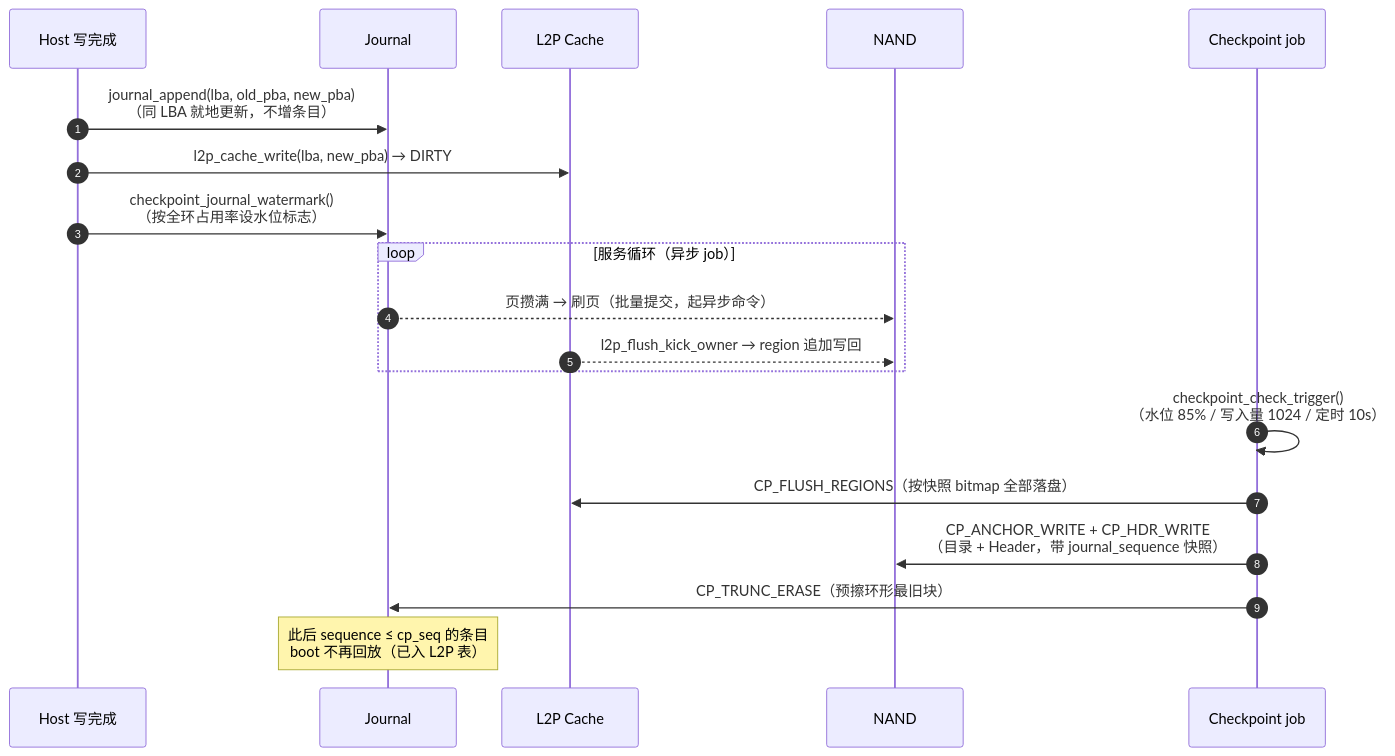
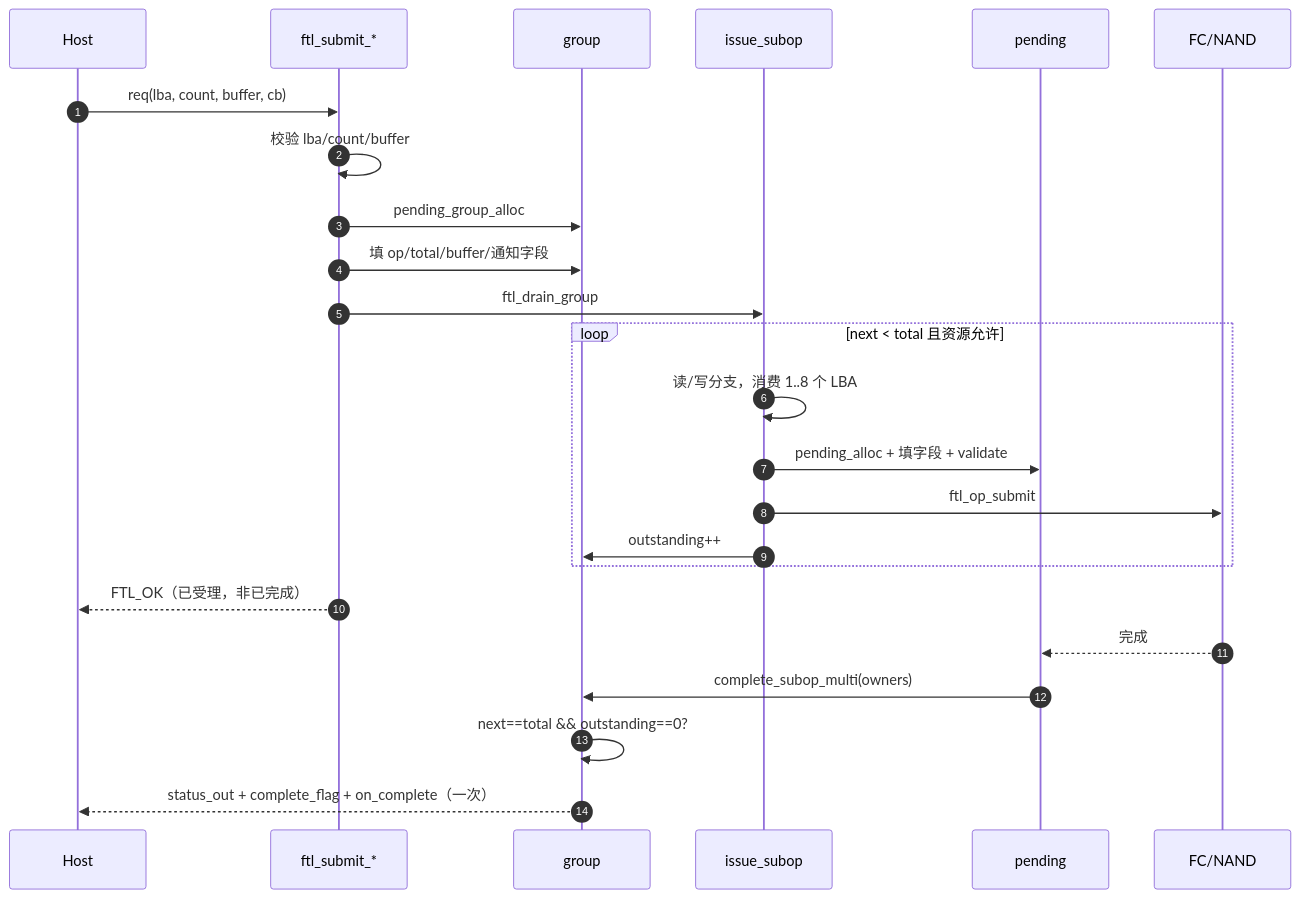
Before and after one commit to YzYMIAO/BASESSD: diagram 13 of 28 in docs/design/ftl_design.md, drawn with Mermaid. The commit also changed other lines of this file and 4 other files, not shown here.

````diff
--- a/docs/design/ftl_design.md
+++ b/docs/design/ftl_design.md
@@ -2560,22 +1927,27 @@
 ```mermaid
 sequenceDiagram
     autonumber
-    participant H as Host 写完成
-    participant J as Journal
-    participant C as L2P Cache
-    participant N as NAND
-    participant CP as Checkpoint job
+    participant H as Host
+    participant F as ftl_submit_*
+    participant G as group
+    participant S as issue_subop
+    participant P as pending
+    participant FC as FC/NAND
 
-    H->>J: journal_append(lba, old_pba, new_pba)<br/>（同 LBA 就地更新，不增条目）
-    H->>C: l2p_cache_write(lba, new_pba) → DIRTY
-    H->>J: checkpoint_journal_watermark()<br/>（按全环占用率设水位标志）
-    loop 服务循环（异步 job）
-        J-->>N: 页攒满 → 刷页（批量提交，起异步命令）
-        C-->>N: l2p_flush_kick_owner → region 追加写回
+    H->>F: req(lba, count, buffer, cb)
+    F->>F: 校验 lba/count/buffer
+    F->>G: pending_group_alloc
+    F->>G: 填 op/total/buffer/通知字段
+    F->>S: ftl_drain_group
+    loop next < total 且资源允许
+        S->>S: 读/写分支，消费 1..8 个 LBA
+        S->>P: pending_alloc + 填字段 + validate
+        S->>FC: ftl_op_submit
+        S->>G: outstanding++
     end
-    CP->>CP: checkpoint_check_trigger()<br/>（水位 85% / 写入量 1024 / 定时 10s）
-    CP->>C: CP_FLUSH_REGIONS（按快照 bitmap 全部落盘）
-    CP->>N: CP_ANCHOR_WRITE + CP_HDR_WRITE<br/>（目录 + Header，带 journal_sequence 快照）
-    CP->>J: CP_TRUNC_ERASE（预擦环形最旧块）
-    Note over J: 此后 sequence ≤ cp_seq 的条目<br/>boot 不再回放（已入 L2P 表）
+    F-->>H: FTL_OK（已受理，非已完成）
+    FC-->>P: 完成
+    P->>G: complete_subop_multi(owners)
+    G->>G: next==total && outstanding==0?
+    G-->>H: status_out + complete_flag + on_complete（一次）
 ```
````
